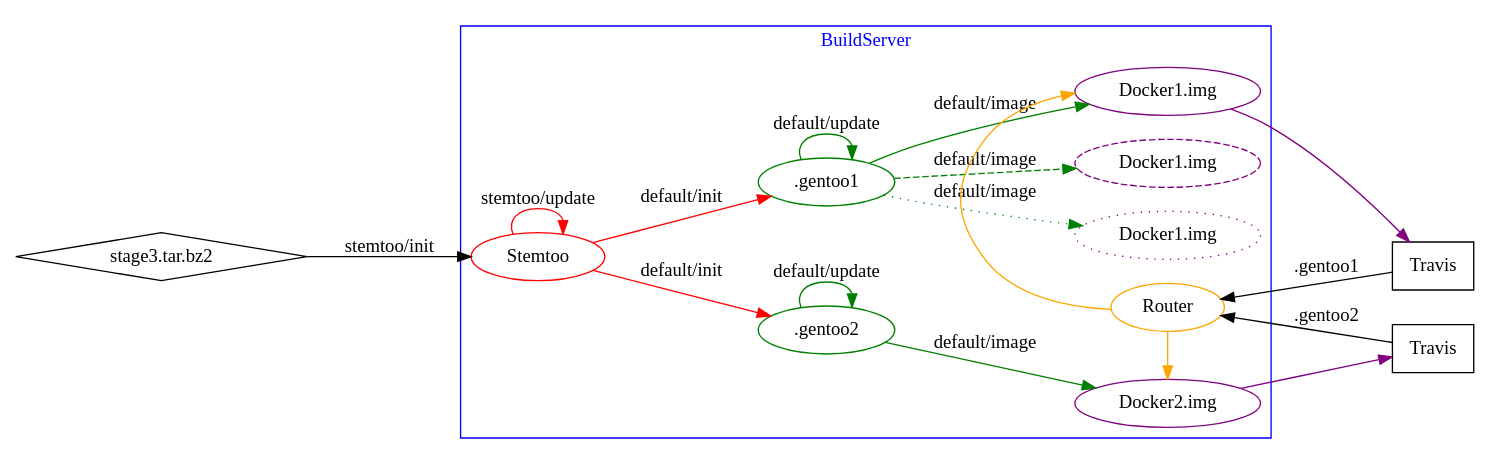
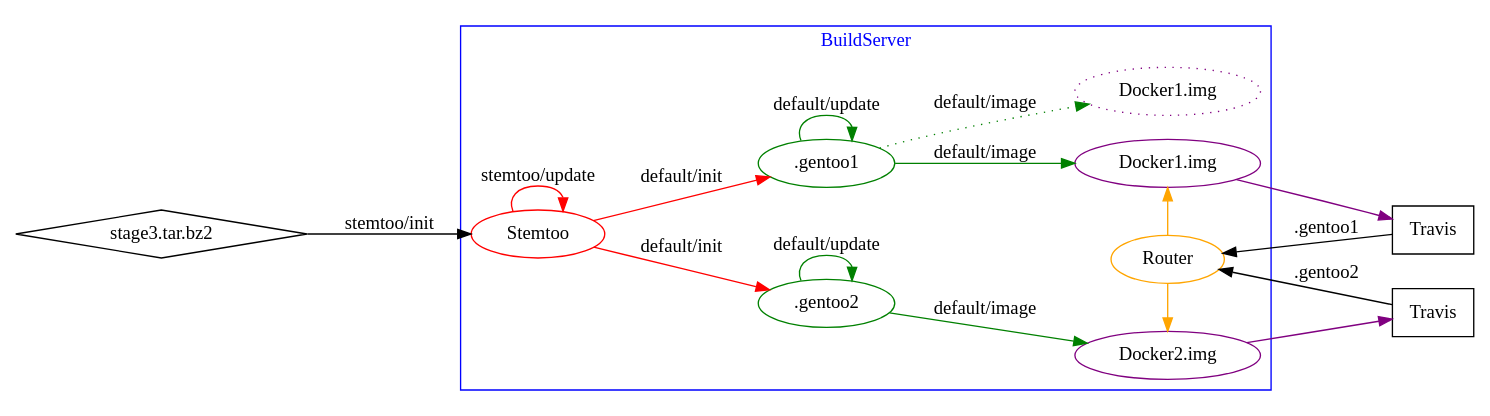
Before and after one commit to IBT-FMI/NeuroGentooProject: the diagram in doc/BuildServer.dot, drawn with Graphviz.

Commit message:
Only include one old Docker image in BuildServer Graph.
This improves the ordering

```diff
--- a/doc/BuildServer.dot
+++ b/doc/BuildServer.dot
@@ -1,42 +1,42 @@
 digraph{
 	node[shape=ellipse];
 	rankdir=LR;
 	Stage3[label="stage3.tar.bz2", shape=diamond];
 	subgraph cluster0{
 		color=blue;
 		fontcolor=blue;
 		label="BuildServer";
 		
 		Stemtoo[color=red, label="Stemtoo"];
 		
 		gentoo1[color=green, label=".gentoo1"];
 		gentoo2[color=green, label=".gentoo2"];
 		{rank=same;
-		docker1_old[color=purple, style=dashed, label="Docker1.img"];
+		#docker1_old[color=purple, style=dashed, label="Docker1.img"];
 		docker1_older[color=purple, style=dotted, label="Docker1.img"];
 		docker1[color=purple, label="Docker1.img"];
 		docker2[color=purple, label="Docker2.img"];
 		Router[color=orange, label="Router"];
 		}
 	}
 	Stage3 -> Stemtoo[label="stemtoo/init"];
 	Stemtoo -> Stemtoo[color=red, label="stemtoo/update"];
 	Stemtoo -> gentoo1[color=red, label="default/init"];
 	Stemtoo -> gentoo2[color=red, label="default/init"];
 	gentoo1 -> docker1[color=green, label="default/image"];
-	gentoo1 -> docker1_old[style=dashed,color=green, label="default/image"];
+	#gentoo1 -> docker1_old[style=dashed,color=green, label="default/image"];
 	gentoo1 -> docker1_older[style=dotted,color=green, label="default/image"];
 	gentoo2 -> docker2[color=green, label="default/image"];
 	gentoo1 -> gentoo1[color=green, label="default/update"];
 	gentoo2 -> gentoo2[color=green, label="default/update"];
 
 
 	Travis[shape=rectangle];
 	Travis2[shape=rectangle, label="Travis"];
 	Travis -> Router[label=".gentoo1"];
 	Travis2 -> Router[label=".gentoo2"];
 	Router -> docker1[color=orange];
 	Router -> docker2[color=orange];
 	docker1 -> Travis[color=purple];
 	docker2 -> Travis2[color=purple];
 }
```
